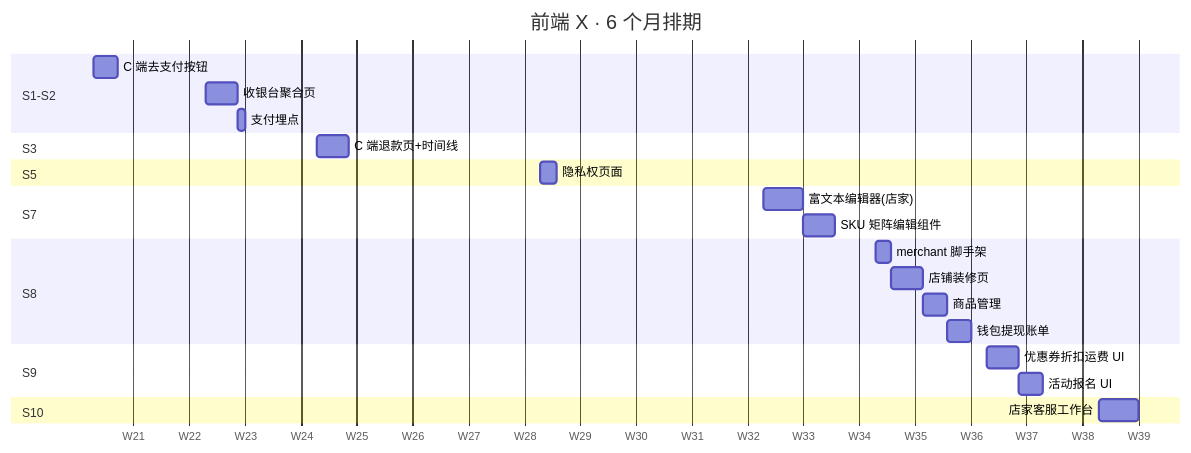
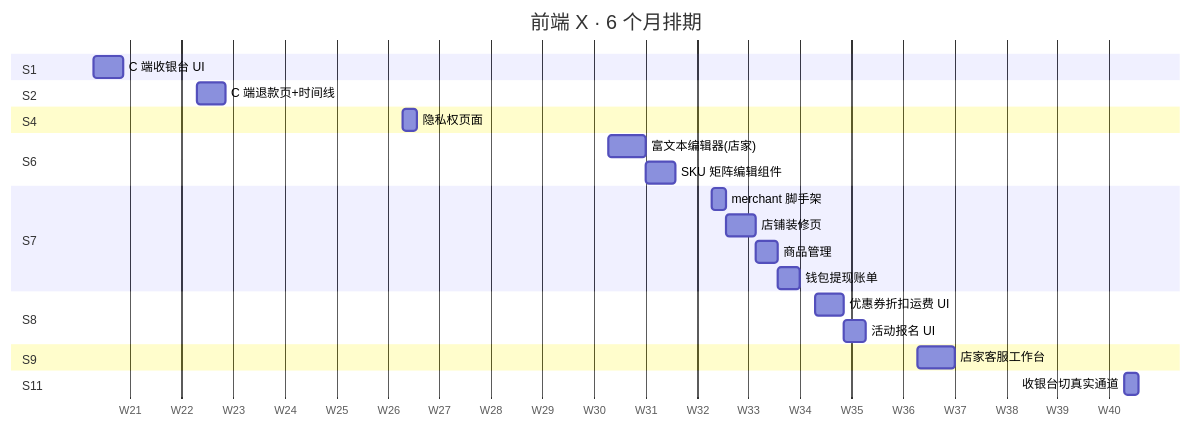
One commit to carter4cn/yw-mall-docs changed the fourth of 7 diagrams in planning/q1q2_tracking.md. Above: the diagram before and after it, drawn with Mermaid. The commit also changed other lines of this file and 1 other file, not shown here.

````diff
--- a/planning/q1q2_tracking.md
+++ b/planning/q1q2_tracking.md
@@ -302,27 +324,27 @@
 ```mermaid
 gantt
     title 前端 X · 6 个月排期
     dateFormat YYYY-MM-DD
     axisFormat W%U
-    section S1-S2
-    C 端去支付按钮        :x11, 2026-05-19, 3d
-    收银台聚合页          :x21, 2026-06-02, 4d
-    支付埋点              :x22, after x21, 1d
-    section S3
-    C 端退款页+时间线     :x31, 2026-06-16, 4d
-    section S5
-    隐私权页面            :x51, 2026-07-14, 2d
+    section S1
+    C 端收银台 UI         :x11, 2026-05-19, 4d
+    section S2
+    C 端退款页+时间线     :x21, 2026-06-02, 4d
+    section S4
+    隐私权页面            :x41, 2026-06-30, 2d
+    section S6
+    富文本编辑器(店家)    :x61, 2026-07-28, 5d
+    SKU 矩阵编辑组件      :x62, after x61, 4d
     section S7
-    富文本编辑器(店家)    :x71, 2026-08-11, 5d
-    SKU 矩阵编辑组件      :x72, after x71, 4d
+    merchant 脚手架       :x71, 2026-08-11, 2d
+    店铺装修页            :x72, after x71, 4d
+    商品管理              :x73, after x72, 3d
+    钱包提现账单          :x74, after x73, 3d
     section S8
-    merchant 脚手架       :x81, 2026-08-25, 2d
-    店铺装修页            :x82, after x81, 4d
-    商品管理              :x83, after x82, 3d
-    钱包提现账单          :x84, after x83, 3d
+    优惠券折扣运费 UI     :x81, 2026-08-25, 4d
+    活动报名 UI           :x82, after x81, 3d
     section S9
-    优惠券折扣运费 UI     :x91, 2026-09-08, 4d
-    活动报名 UI           :x92, after x91, 3d
-    section S10
-    店家客服工作台        :x101, 2026-09-22, 5d
+    店家客服工作台        :x91, 2026-09-08, 5d
+    section S11
+    收银台切真实通道      :x111, 2026-10-06, 2d
 ```
````
